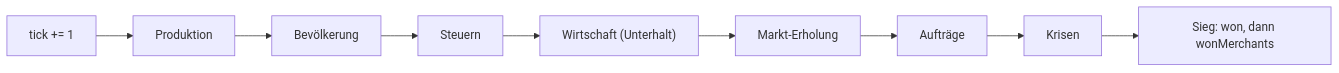
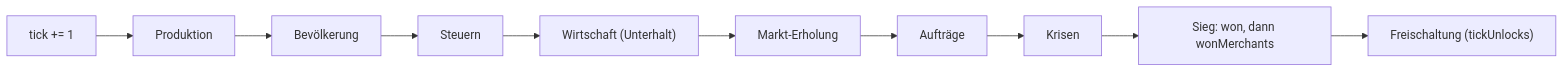
Before and after one commit to konstantinniedermann/Inselreich: the fifth of 9 diagrams in docs/arc42.md, drawn with Mermaid. The commit also changed other lines of this file and 2 other files, not shown here.

````diff
--- a/docs/arc42.md
+++ b/docs/arc42.md
@@ -311,5 +311,5 @@
 ```mermaid
 flowchart LR
   T["tick += 1"] --> P["Produktion"] --> B["Bevölkerung"] --> S["Steuern"] --> W["Wirtschaft (Unterhalt)"]
-  W --> M["Markt-Erholung"] --> O["Aufträge"] --> K["Krisen"] --> V["Sieg: won, dann wonMerchants"]
+  W --> M["Markt-Erholung"] --> O["Aufträge"] --> K["Krisen"] --> V["Sieg: won, dann wonMerchants"] --> U["Freischaltung (tickUnlocks)"]
 ```
````
